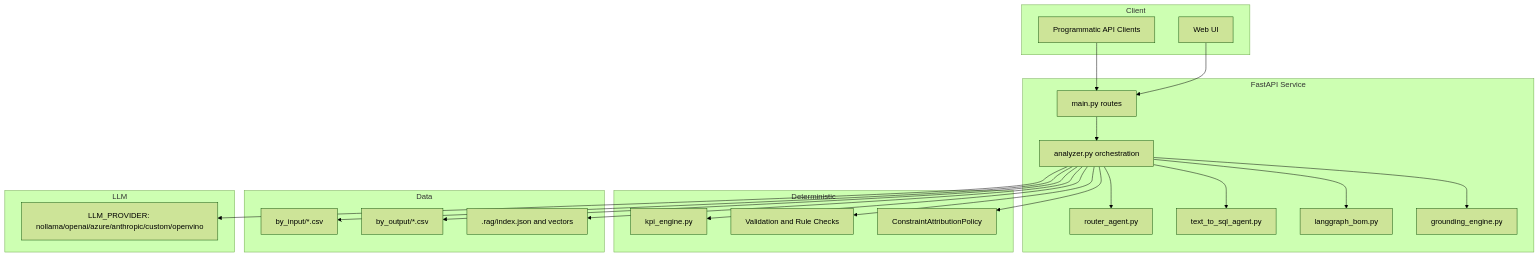
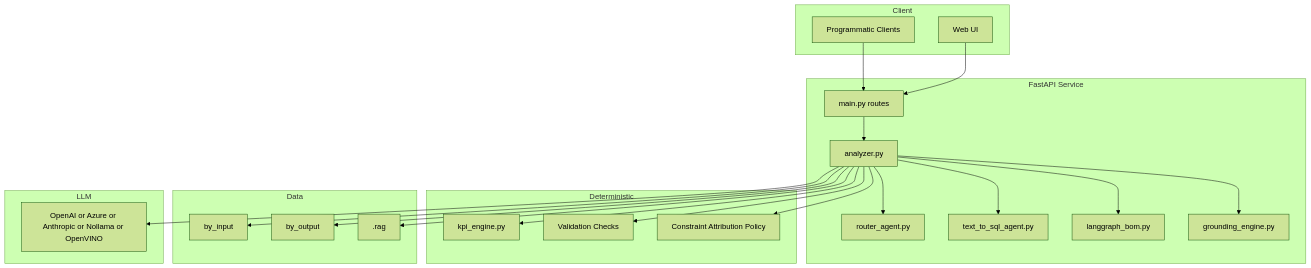
One commit to jyotiranjanojha/ifsupplystory changed the second of 2 diagrams in README.md. Above: the diagram before and after it, drawn with Mermaid (forest theme). The commit also changed other lines of this file, not shown here.

````diff
--- a/README.md
+++ b/README.md
@@ -49,47 +103,47 @@
 ```mermaid
 flowchart TB
     subgraph Client
       UI[Web UI]
-      APIClient[Programmatic API Clients]
+      APIClient[Programmatic Clients]
     end
 
     subgraph Service[FastAPI Service]
       Routes[main.py routes]
-      Orchestrator[analyzer.py orchestration]
+      Orchestrator[analyzer.py]
       Router[router_agent.py]
       SQLAgent[text_to_sql_agent.py]
       BomGraph[langgraph_bom.py]
       Grounding[grounding_engine.py]
     end
 
     subgraph Deterministic
       KPIEngine[kpi_engine.py]
-      Validation[Validation and Rule Checks]
-      ConstraintPolicy[ConstraintAttributionPolicy]
+      Validation[Validation Checks]
+      Policy[Constraint Attribution Policy]
     end
 
     subgraph Data
-      InputCSV[by_input/*.csv]
-      OutputCSV[by_output/*.csv]
-      RagIndex[.rag/index.json and vectors]
+      InputCSV[by_input]
+      OutputCSV[by_output]
+      RagIndex[.rag]
     end
 
     subgraph LLM
-      Provider[LLM_PROVIDER: nollama/openai/azure/anthropic/custom/openvino]
+      Provider[OpenAI or Azure or Anthropic or Nollama or OpenVINO]
     end
 
     UI --> Routes
     APIClient --> Routes
     Routes --> Orchestrator
     Orchestrator --> Router
     Orchestrator --> SQLAgent
     Orchestrator --> BomGraph
     Orchestrator --> Grounding
     Orchestrator --> KPIEngine
     Orchestrator --> Validation
-    Orchestrator --> ConstraintPolicy
+    Orchestrator --> Policy
     Orchestrator --> InputCSV
     Orchestrator --> OutputCSV
     Orchestrator --> RagIndex
     Orchestrator --> Provider
 ```
````
